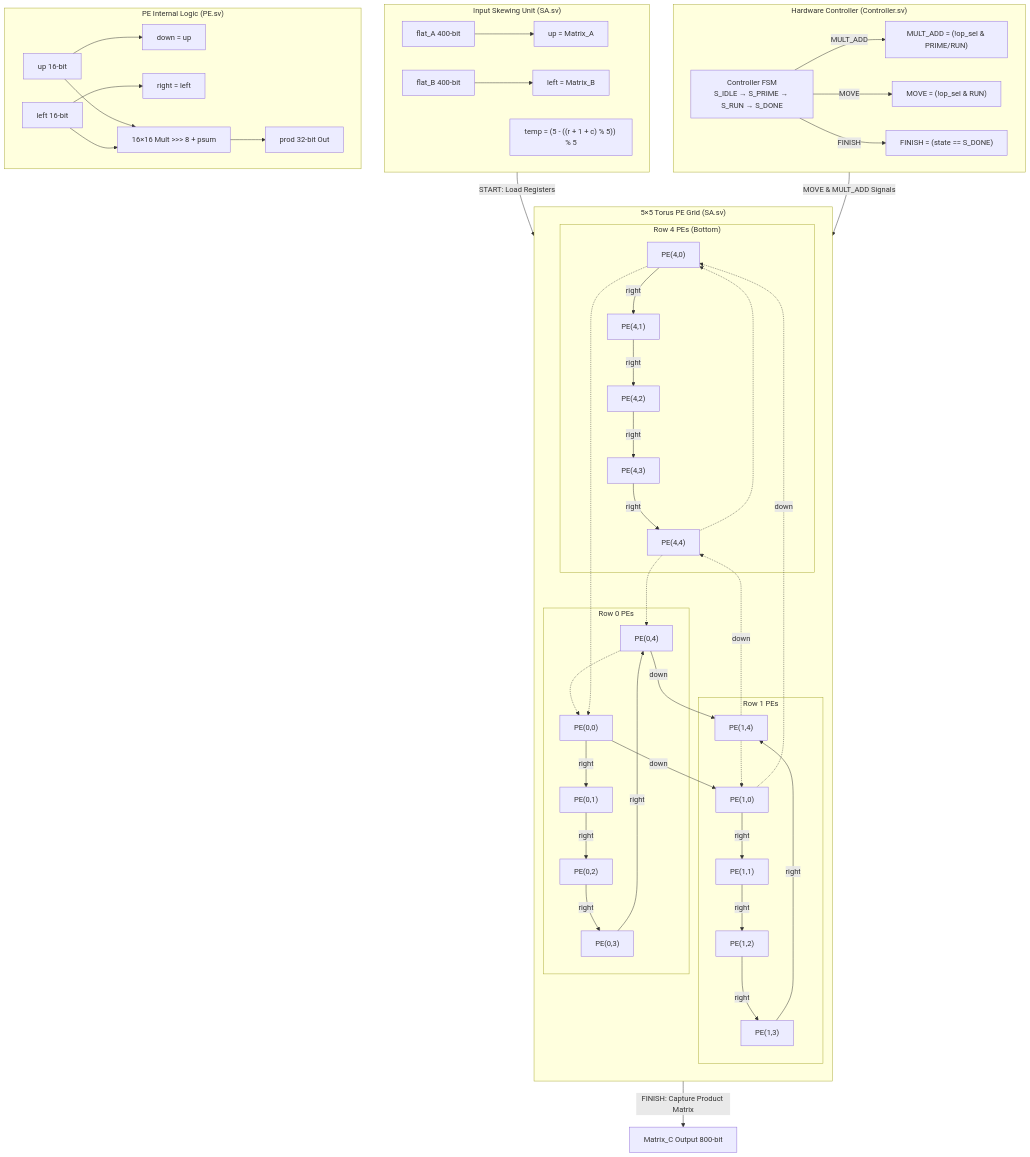
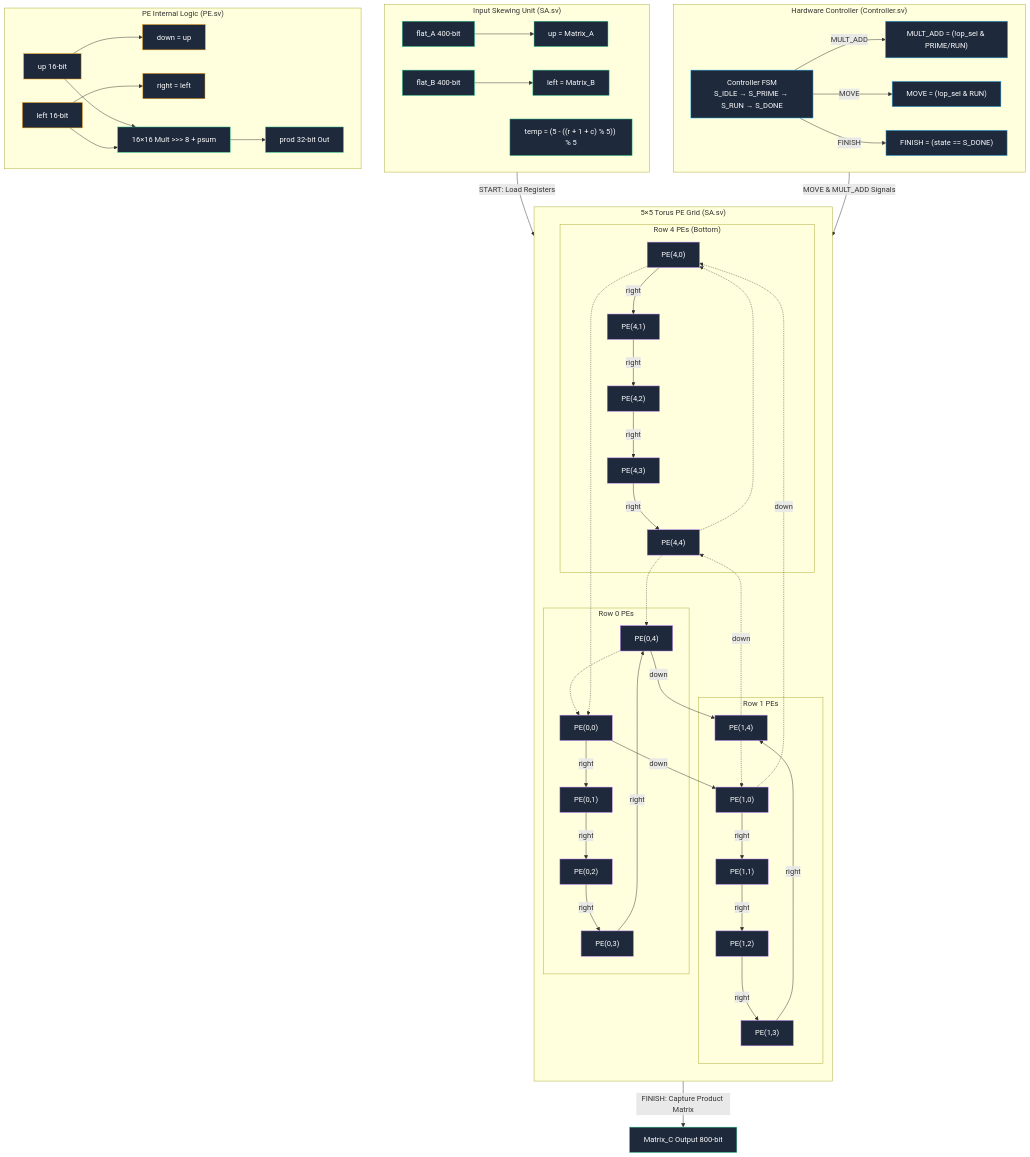
One commit to fatemekhasraji/FashionMnist_LeNet5 changed the second of 2 diagrams in README.md. Above: the diagram before and after it, drawn with Mermaid. The commit also changed other lines of this file and 1 other file, not shown here.

Commit message:
Add FSM diagram with white background and apply matching dark theme to second Mermaid diagram

````diff
--- a/README.md
+++ b/README.md
@@ -96,4 +96,40 @@
     Skew_Logic -->|START: Load Registers| Torus_Grid
     Controller_FSM -->|MOVE & MULT_ADD Signals| Torus_Grid
     Torus_Grid -->|FINISH: Capture Product Matrix| MAT_C["Matrix_C Output 800-bit"]
+
+    style FSM fill:#1e293b,stroke:#38bdf8,color:#fff
+    style MAC_CTRL fill:#1e293b,stroke:#38bdf8,color:#fff
+    style MOVE_CTRL fill:#1e293b,stroke:#38bdf8,color:#fff
+    style FIN_CTRL fill:#1e293b,stroke:#38bdf8,color:#fff
+
+    style A_FLAT fill:#1e293b,stroke:#34d399,color:#fff
+    style B_FLAT fill:#1e293b,stroke:#34d399,color:#fff
+    style SKEW_A fill:#1e293b,stroke:#34d399,color:#fff
+    style SKEW_B fill:#1e293b,stroke:#34d399,color:#fff
+    style NOTE_TEMP fill:#1e293b,stroke:#34d399,color:#fff
+
+    style PE00 fill:#1e293b,stroke:#c084fc,color:#fff
+    style PE01 fill:#1e293b,stroke:#c084fc,color:#fff
+    style PE02 fill:#1e293b,stroke:#c084fc,color:#fff
+    style PE03 fill:#1e293b,stroke:#c084fc,color:#fff
+    style PE04 fill:#1e293b,stroke:#c084fc,color:#fff
+    style PE10 fill:#1e293b,stroke:#c084fc,color:#fff
+    style PE11 fill:#1e293b,stroke:#c084fc,color:#fff
+    style PE12 fill:#1e293b,stroke:#c084fc,color:#fff
+    style PE13 fill:#1e293b,stroke:#c084fc,color:#fff
+    style PE14 fill:#1e293b,stroke:#c084fc,color:#fff
+    style PE40 fill:#1e293b,stroke:#c084fc,color:#fff
+    style PE41 fill:#1e293b,stroke:#c084fc,color:#fff
+    style PE42 fill:#1e293b,stroke:#c084fc,color:#fff
+    style PE43 fill:#1e293b,stroke:#c084fc,color:#fff
+    style PE44 fill:#1e293b,stroke:#c084fc,color:#fff
+
+    style PE_IN_U fill:#1e293b,stroke:#f59e0b,color:#fff
+    style PE_IN_L fill:#1e293b,stroke:#f59e0b,color:#fff
+    style PE_OUT_D fill:#1e293b,stroke:#f59e0b,color:#fff
+    style PE_OUT_R fill:#1e293b,stroke:#f59e0b,color:#fff
+    style PE_MAC fill:#1e293b,stroke:#34d399,color:#fff
+    style PE_PROD fill:#1e293b,stroke:#34d399,color:#fff
+
+    style MAT_C fill:#1e293b,stroke:#34d399,color:#fff
 ```
````
